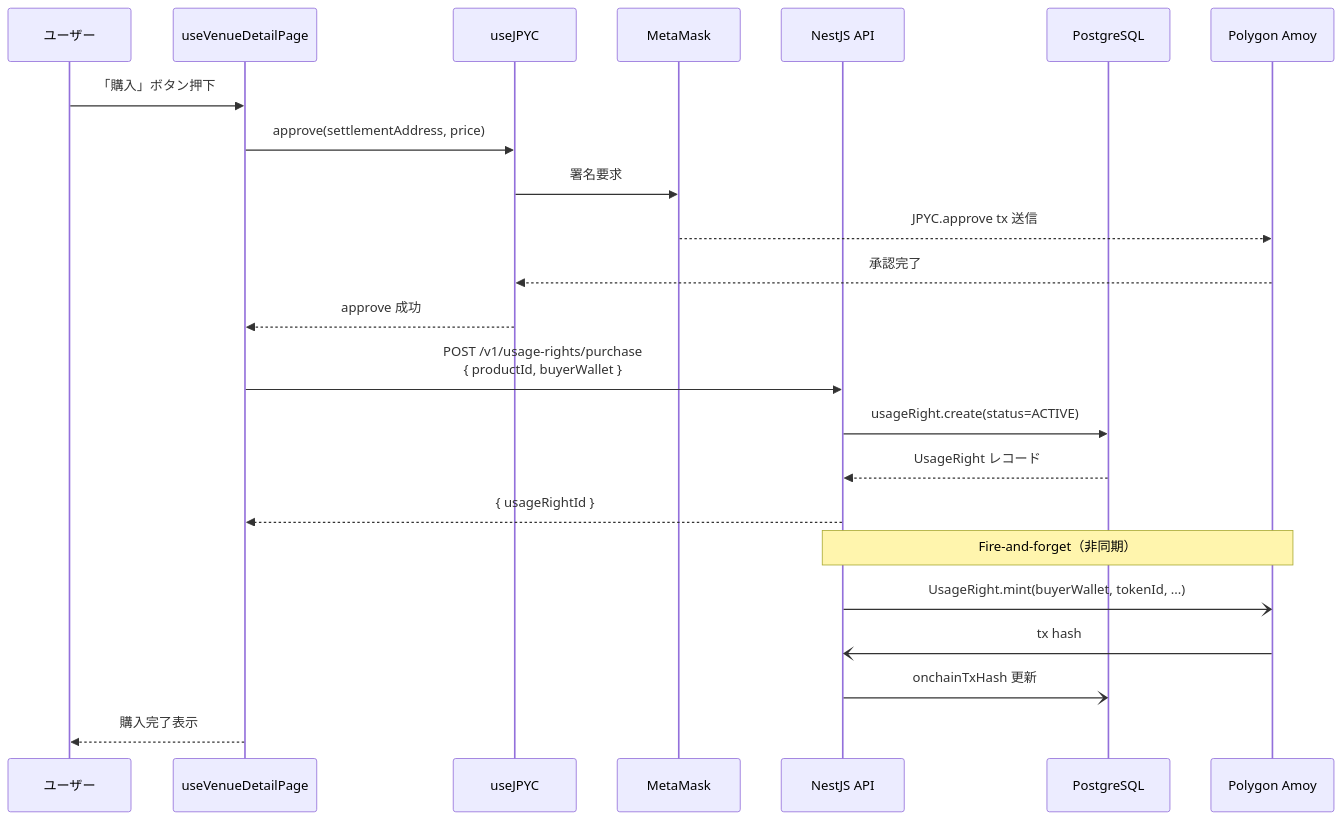
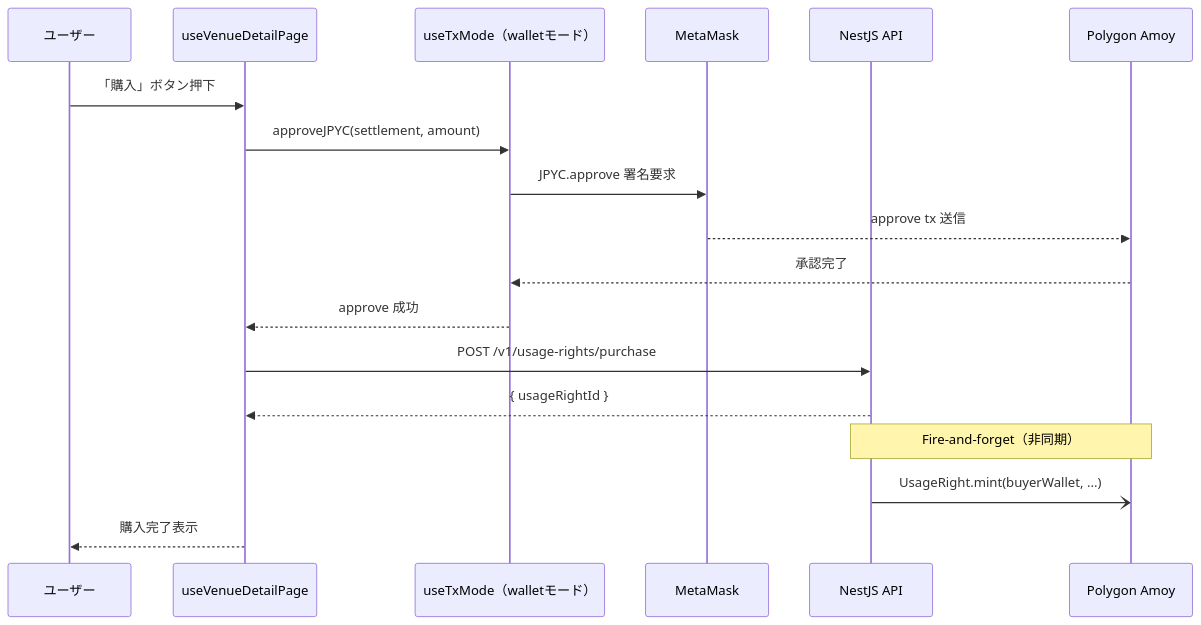
Before and after one commit to WHXisWH/Node-Stay: the fifth of 15 diagrams in docs/ARCHITECTURE.md, drawn with Mermaid. The commit also changed other lines of this file and 14 other files, not shown here.

````diff
--- a/docs/ARCHITECTURE.md
+++ b/docs/ARCHITECTURE.md
@@ -255,29 +282,21 @@
 ```mermaid
 sequenceDiagram
     participant User as ユーザー
     participant Hook as useVenueDetailPage
-    participant JPYC as useJPYC
+    participant TxMode as useTxMode（walletモード）
     participant Wallet as MetaMask
     participant API as NestJS API
-    participant DB as PostgreSQL
     participant Chain as Polygon Amoy
 
     User->>Hook: 「購入」ボタン押下
-    Hook->>JPYC: approve(settlementAddress, price)
-    JPYC->>Wallet: 署名要求
-    Wallet-->>Chain: JPYC.approve tx 送信
-    Chain-->>JPYC: 承認完了
-    JPYC-->>Hook: approve 成功
-
-    Hook->>API: POST /v1/usage-rights/purchase<br/>{ productId, buyerWallet }
-    API->>DB: usageRight.create(status=ACTIVE)
-    DB-->>API: UsageRight レコード
+    Hook->>TxMode: approveJPYC(settlement, amount)
+    TxMode->>Wallet: JPYC.approve 署名要求
+    Wallet-->>Chain: approve tx 送信
+    Chain-->>TxMode: 承認完了
+    TxMode-->>Hook: approve 成功
+    Hook->>API: POST /v1/usage-rights/purchase
     API-->>Hook: { usageRightId }
-
     Note over API,Chain: Fire-and-forget（非同期）
-    API-)Chain: UsageRight.mint(buyerWallet, tokenId, ...)
-    Chain-)API: tx hash
-    API-)DB: onchainTxHash 更新
-
+    API-)Chain: UsageRight.mint(buyerWallet, ...)
     Hook-->>User: 購入完了表示
 ```
````
